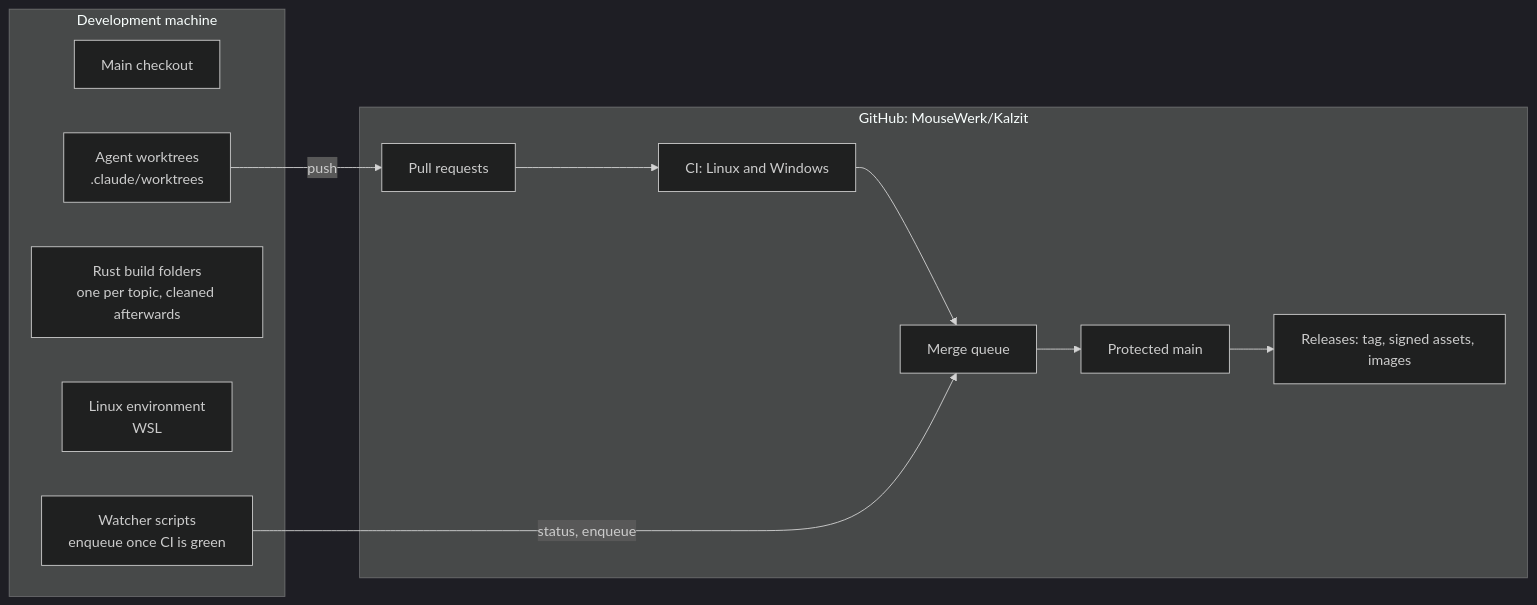
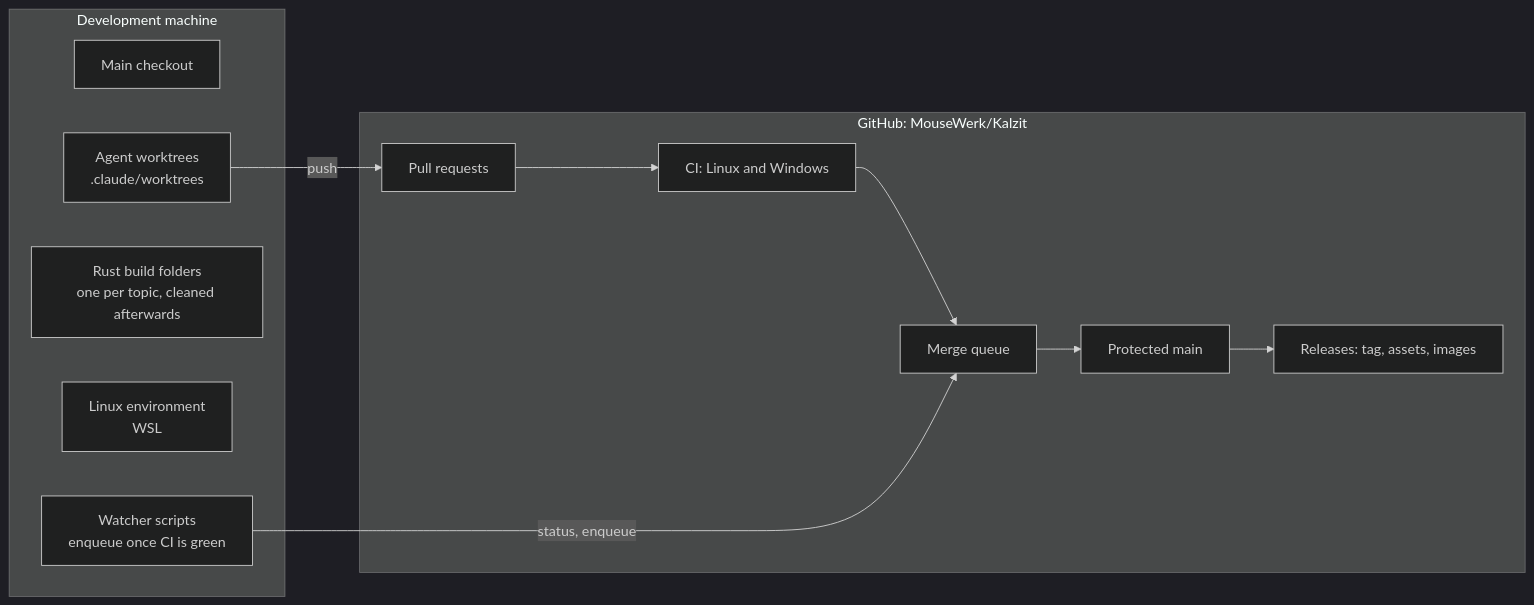
Before and after one commit to MouseWerk/Kalzit: the second of 2 diagrams in docs/process.md, drawn with Mermaid (dark theme). The commit also changed other lines of this file and 1 other file, not shown here.

Commit message:
Docs: release gate runs, quoted diagram labels, build folder note

````diff
--- a/docs/process.md
+++ b/docs/process.md
@@ -66,20 +67,20 @@
 ```mermaid
 flowchart LR
-  subgraph PC[Development machine]
+  subgraph PC["Development machine"]
     MC[Main checkout]
-    WT[Agent worktrees<br/>.claude/worktrees]
-    BD[Rust build folders<br/>one per topic, cleaned afterwards]
+    WT["Agent worktrees<br/>.claude/worktrees"]
+    BD["Rust build folders<br/>one per topic, cleaned afterwards"]
     LX[Linux environment<br/>WSL]
-    WS[Watcher scripts<br/>enqueue once CI is green]
+    WS["Watcher scripts<br/>enqueue once CI is green"]
   end
-  subgraph GH[GitHub: MouseWerk/Kalzit]
+  subgraph GH["GitHub: MouseWerk/Kalzit"]
     PR[Pull requests]
     CI[CI: Linux and Windows]
     MQ[Merge queue]
     MN[Protected main]
-    RL[Releases: tag, signed assets, images]
+    RL["Releases: tag, assets, images"]
   end
   WT -- push --> PR
   PR --> CI --> MQ --> MN --> RL
   WS -- status, enqueue --> MQ
 ```
````
